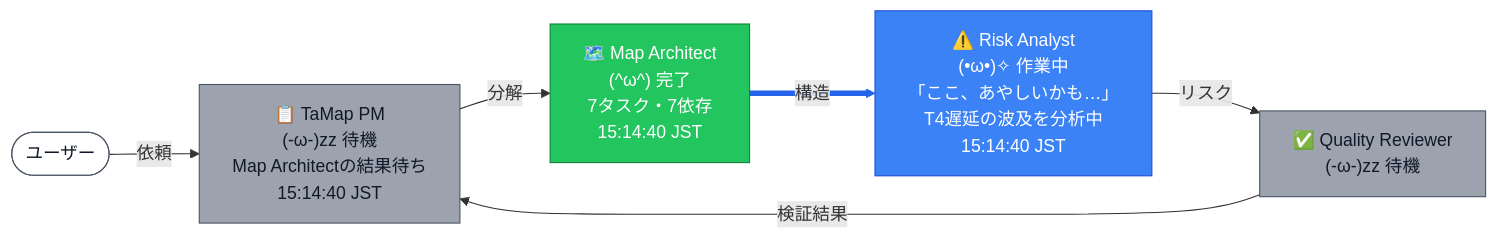
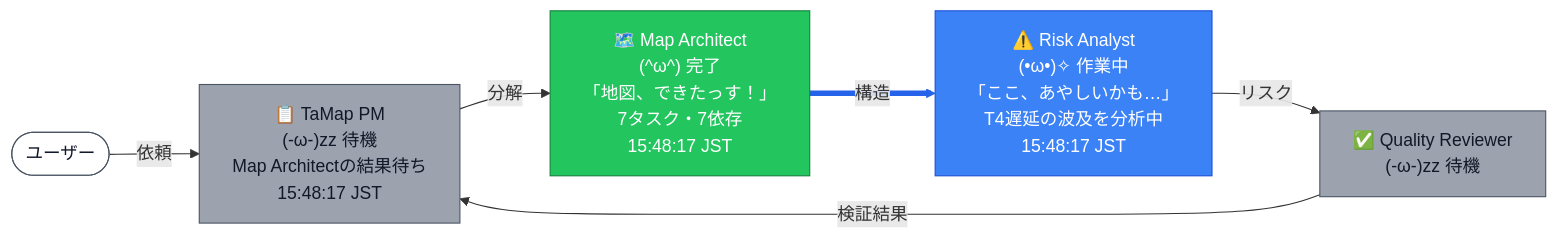
The seventh of 16 diagrams in docs/sample_output.md (nekomario28/tamap), drawn with Mermaid before and after one commit. The commit also changed other lines of this file and 8 other files, not shown here.

````diff
--- a/docs/sample_output.md
+++ b/docs/sample_output.md
@@ -219,23 +219,23 @@
 ```mermaid
 flowchart LR
   U(["ユーザー"])
-  PM["📋 TaMap PM<br>(-ω-)zz 待機<br>Map Architectの結果待ち<br>15:14:40 JST"]
-  MA["🗺️ Map Architect<br>(^ω^) 完了<br>7タスク・7依存<br>15:14:40 JST"]
-  RA["⚠️ Risk Analyst<br>(•ω•)✧ 作業中<br>「ここ、あやしいかも…」<br>T4遅延の波及を分析中<br>15:14:40 JST"]
+  PM["📋 TaMap PM<br>(-ω-)zz 待機<br>Map Architectの結果待ち<br>15:48:17 JST"]
+  MA["🗺️ Map Architect<br>(^ω^) 完了<br>「地図、できたっす！」<br>7タスク・7依存<br>15:48:17 JST"]
+  RA["⚠️ Risk Analyst<br>(•ω•)✧ 作業中<br>「ここ、あやしいかも…」<br>T4遅延の波及を分析中<br>15:48:17 JST"]
   QR["✅ Quality Reviewer<br>(-ω-)zz 待機"]
   U -- 依頼 --> PM
   PM -- 分解 --> MA
   MA -- 構造 --> RA
   RA -- リスク --> QR
   QR -- 検証結果 --> PM
   classDef idle fill:#9ca3af,stroke:#4b5563,color:#111827
   classDef working fill:#3b82f6,stroke:#1d4ed8,color:#ffffff
   classDef done fill:#22c55e,stroke:#15803d,color:#ffffff
   classDef error fill:#ef4444,stroke:#991b1b,color:#ffffff
   classDef user fill:#ffffff,stroke:#4b5563,color:#111827
   class U user
   class PM,QR idle
   class MA done
   class RA working
   linkStyle 2 stroke:#2563eb,stroke-width:5px
 ```
````
